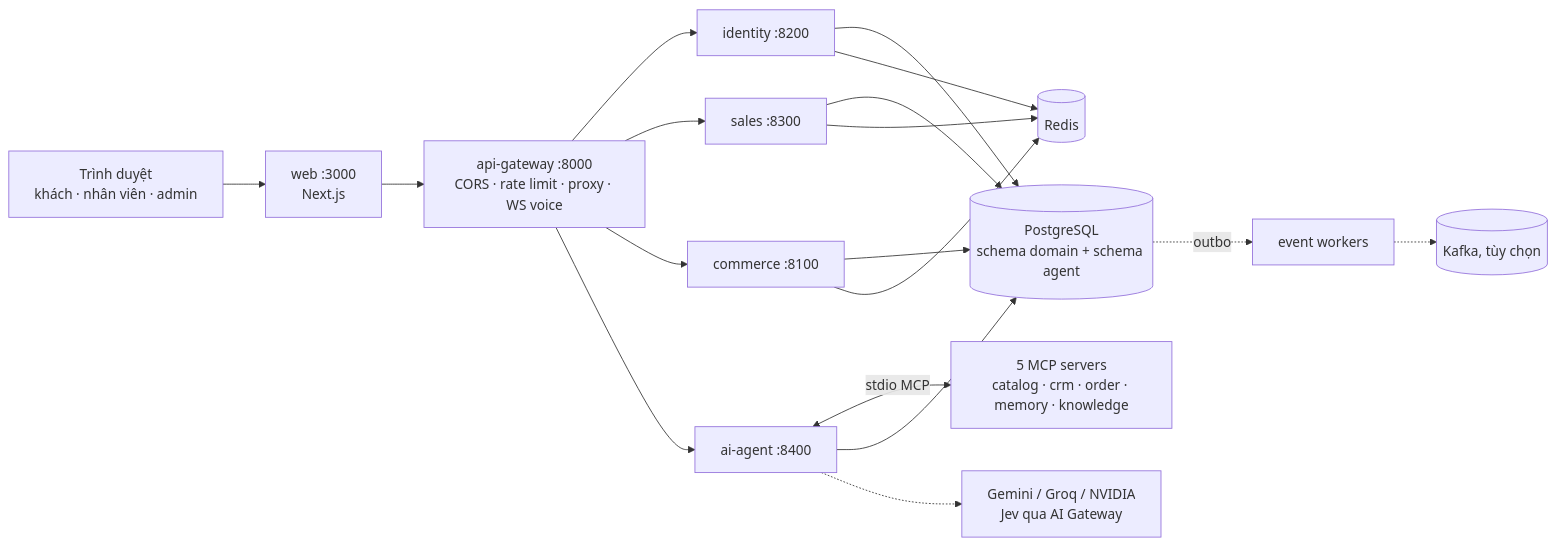
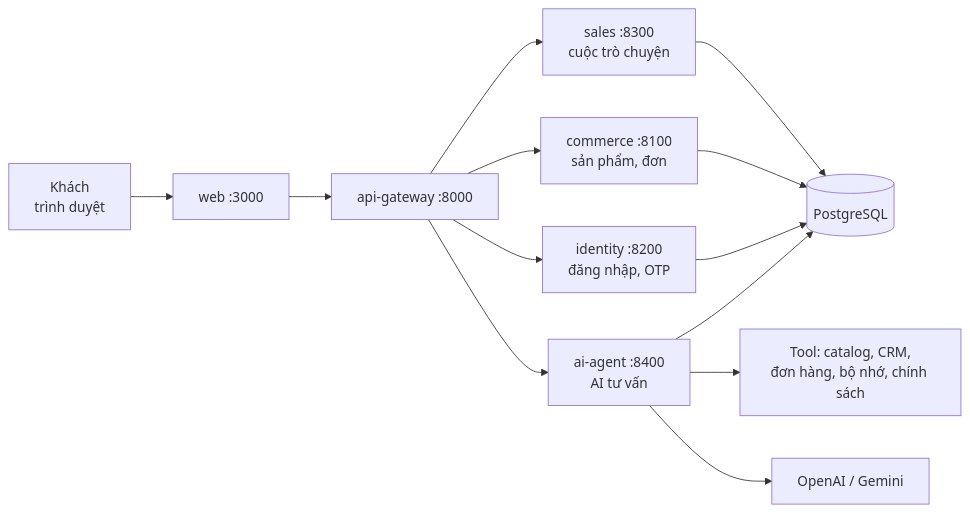
The diagram in README.md (queenley/capstone_sudocode2026), drawn with Mermaid before and after one commit. The commit also changed other lines of this file and 288 other files, not shown here.

````diff
--- a/README.md
+++ b/README.md
@@ -13,14 +75,12 @@
 ```mermaid
 flowchart LR
-    B[Trình duyệt<br/>khách · nhân viên · admin] --> WEB[web :3000<br/>Next.js]
-    WEB --> GW[api-gateway :8000<br/>CORS · rate limit · proxy · WS voice]
-    GW --> ID[identity :8200]
-    GW --> SA[sales :8300]
-    GW --> CO[commerce :8100]
-    GW --> AI[ai-agent :8400]
-    AI <-->|stdio MCP| MCP[5 MCP servers<br/>catalog · crm · order · memory · knowledge]
-    ID & SA & CO & AI --> PG[(PostgreSQL<br/>schema domain + schema agent)]
-    ID & SA & CO --> R[(Redis)]
-    PG -.outbox.-> W[event workers] -.-> K[(Kafka, tùy chọn)]
-    AI -.-> LLM[Gemini / Groq / NVIDIA<br/>Jev qua AI Gateway]
+    U[Khách<br/>trình duyệt] --> W[web :3000]
+    W --> G[api-gateway :8000]
+    G --> S[sales :8300<br/>cuộc trò chuyện]
+    G --> AI[ai-agent :8400<br/>AI tư vấn]
+    G --> C[commerce :8100<br/>sản phẩm, đơn]
+    G --> I[identity :8200<br/>đăng nhập, OTP]
+    AI --> T[Tool: catalog, CRM,<br/>đơn hàng, bộ nhớ, chính sách]
+    AI --> M[OpenAI / Gemini]
+    S & C & I & AI --> DB[(PostgreSQL)]
 ```
````
